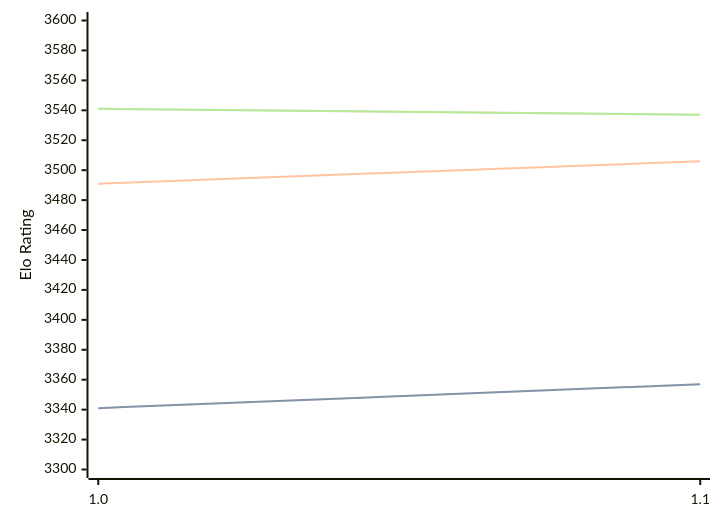
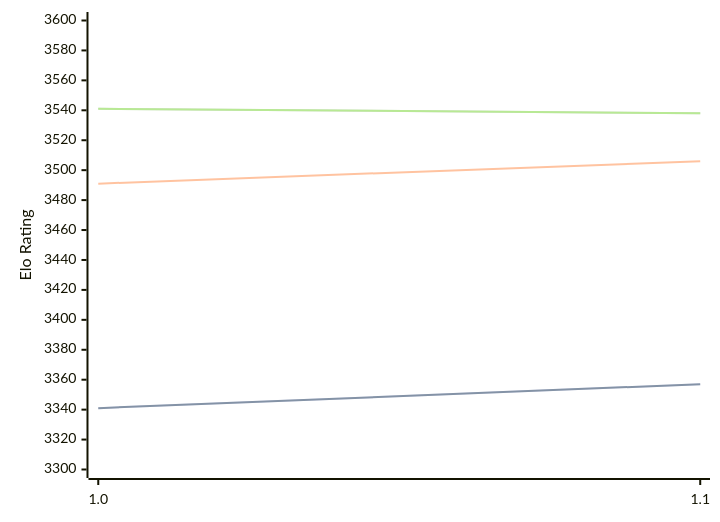
The diagram in engines/Horsie.md (computer-chess-index/cci), drawn with Mermaid before and after one commit. The commit also changed other lines of this file, not shown here.

Commit message:
Update CCI Ratings (ELO VLTC) - 2026-09-15

````diff
--- a/engines/Horsie.md
+++ b/engines/Horsie.md
@@ -32,11 +32,11 @@
 ```mermaid
 %%{init: {"theme":"base","themeVariables":{"seriesColors:['#a3a3a3','#222221','#faa371']}}}%%
 xychart-beta
   x-axis ["1.0", "1.1"]
   y-axis "Elo Rating" 3300 --> 3600
   line "" [3341, 3357]
   line "STC (8.0+0.08s)" [3341, 3357]
   line "LTC (60.0+0.60s)" [3491, 3506]
-  line "" [3541, 3537]
-  line "VLTC (2m24s+1.12s)" [3541, 3537]
+  line "" [3541, 3538]
+  line "VLTC (2m24s+1.12s)" [3541, 3538]
 ```
````
